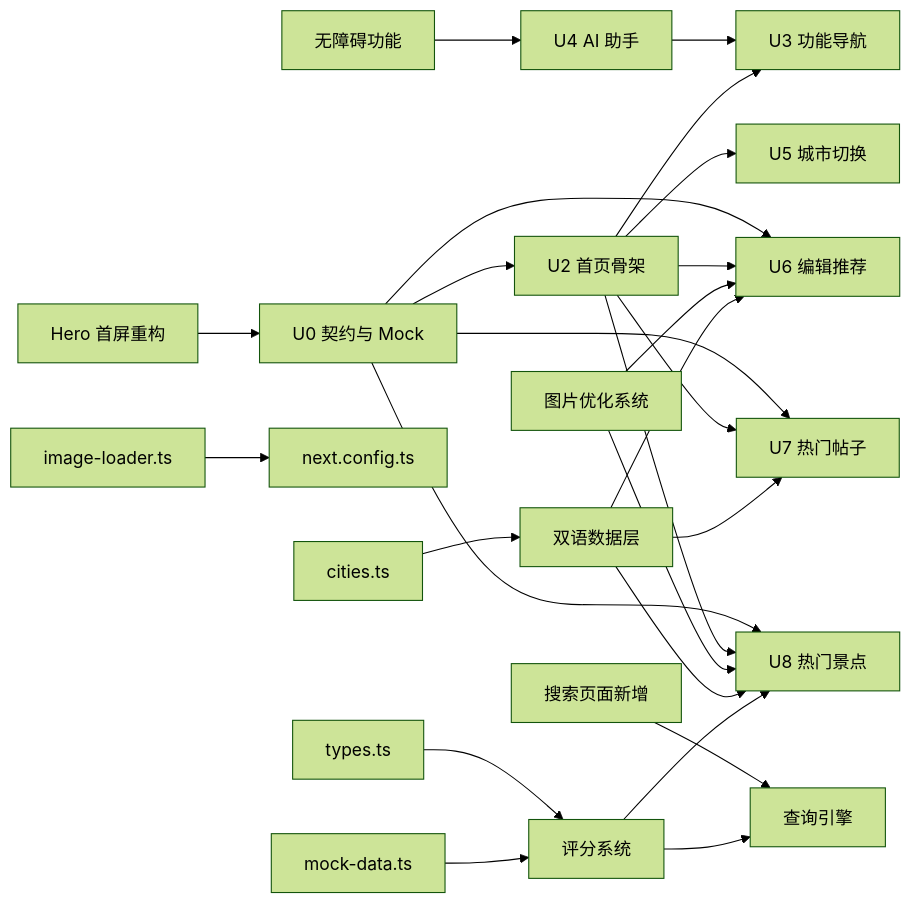
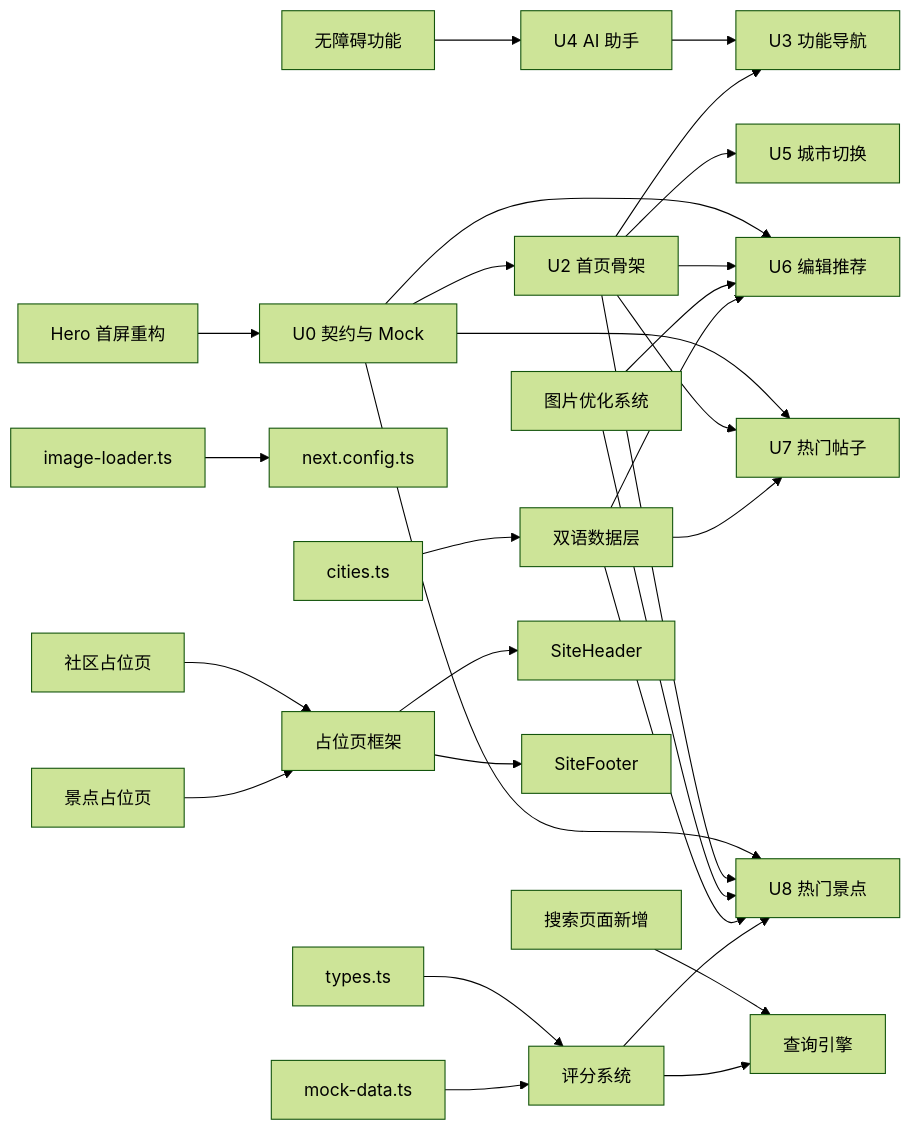
One commit to luyitiger6/my-first-project changed diagram 15 of 15 in .qoder/repowiki/zh/content/规格驱动开发/WanderChain 首页规格文档/WanderChain 首页规格文档.md. Above: the diagram before and after it, drawn with Mermaid (forest theme). The commit also changed other lines of this file and 33 other files, not shown here.

````diff
--- a/.qoder/repowiki/zh/content/规格驱动开发/WanderChain 首页规格文档/WanderChain 首页规格文档.md
+++ b/.qoder/repowiki/zh/content/规格驱动开发/WanderChain 首页规格文档/WanderChain 首页规格文档.md
@@ -578,27 +648,31 @@
 ```mermaid
 graph LR
 U0["U0 契约与 Mock"] --> U2["U2 首页骨架"]
 U0 --> U6["U6 编辑推荐"]
 U0 --> U7["U7 热门帖子"]
 U0 --> U8["U8 热门景点"]
 U4["U4 AI 助手"] --> U3["U3 功能导航"]
 U2 --> U3
 U2 --> U5["U5 城市切换"]
 U2 --> U6
 U2 --> U7
 U2 --> U8
 Hero["Hero 首屏重构"] --> U0
 Search["搜索页面新增"] --> Query["查询引擎"]
 Accessibility["无障碍功能"] --> U4
 ImageOpt["图片优化系统"] --> U6
 ImageOpt --> U8
 Loader["image-loader.ts"] --> Config["next.config.ts"]
 Bilingual["双语数据层"] --> U6
 Bilingual --> U7
 Bilingual --> U8
 RatingSystem["评分系统"] --> U8
 RatingSystem --> Query
 Cities["cities.ts"] --> Bilingual
 Types["types.ts"] --> RatingSystem
 MockData["mock-data.ts"] --> RatingSystem
+Placeholder["占位页框架"] --> SiteHeader
+Placeholder --> SiteFooter
+CommunityPage["社区占位页"] --> Placeholder
+AttractionsPage["景点占位页"] --> Placeholder
 ```
````
